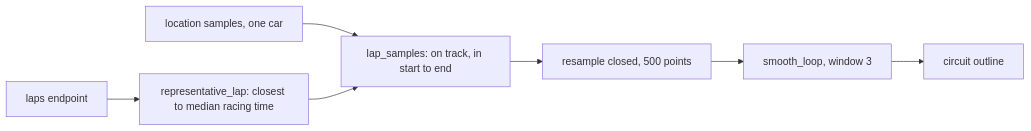
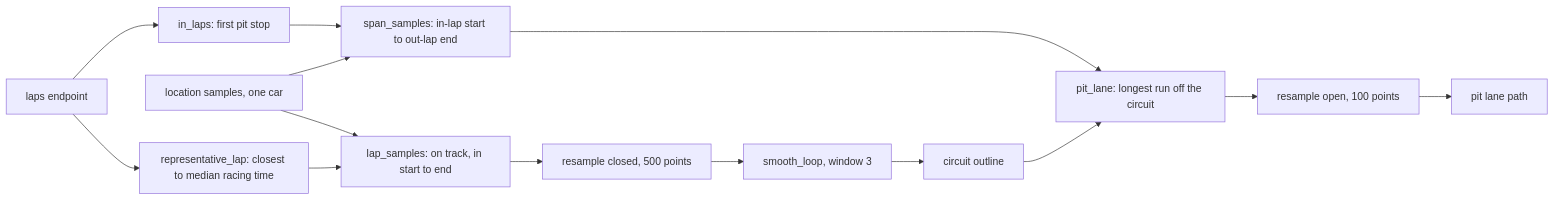
One commit to Ekanth-Sai/pitwall changed the first of 4 diagrams in docs/design/track.md. Above: the diagram before and after it, drawn with Mermaid. The commit also changed other lines of this file and 7 other files, not shown here.

Commit message:
P0.7d: pit lane path from the in-lap and out-lap; nearest_on_loop, span_samples

````diff
--- a/docs/design/track.md
+++ b/docs/design/track.md
@@ -8,9 +8,16 @@
 ```mermaid
 flowchart LR
     A["laps endpoint"] --> B["representative_lap: closest to median racing time"]
     C["location samples, one car"] --> D["lap_samples: on track, in start to end"]
     B --> D
     D --> E["resample closed, 500 points"]
     E --> F["smooth_loop, window 3"]
     F --> G["circuit outline"]
+    A --> H["in_laps: first pit stop"]
+    H --> I["span_samples: in-lap start to out-lap end"]
+    C --> I
+    I --> J["pit_lane: longest run off the circuit"]
+    G --> J
+    J --> K["resample open, 100 points"]
+    K --> L["pit lane path"]
 ```
````
